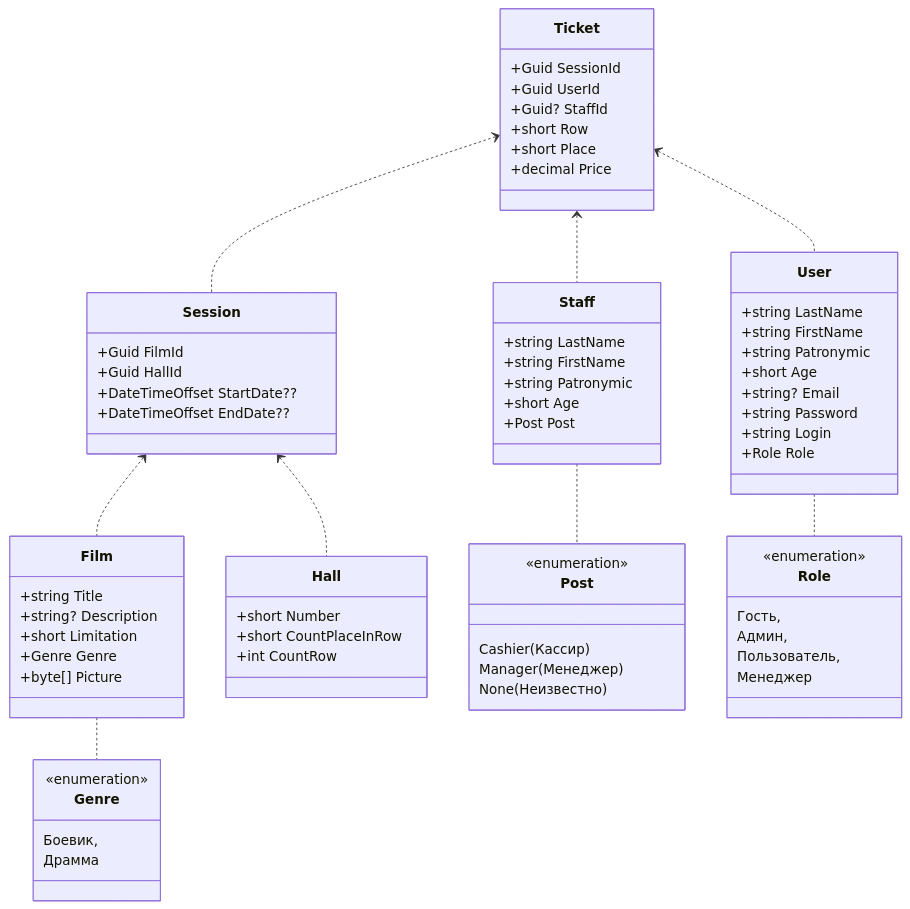
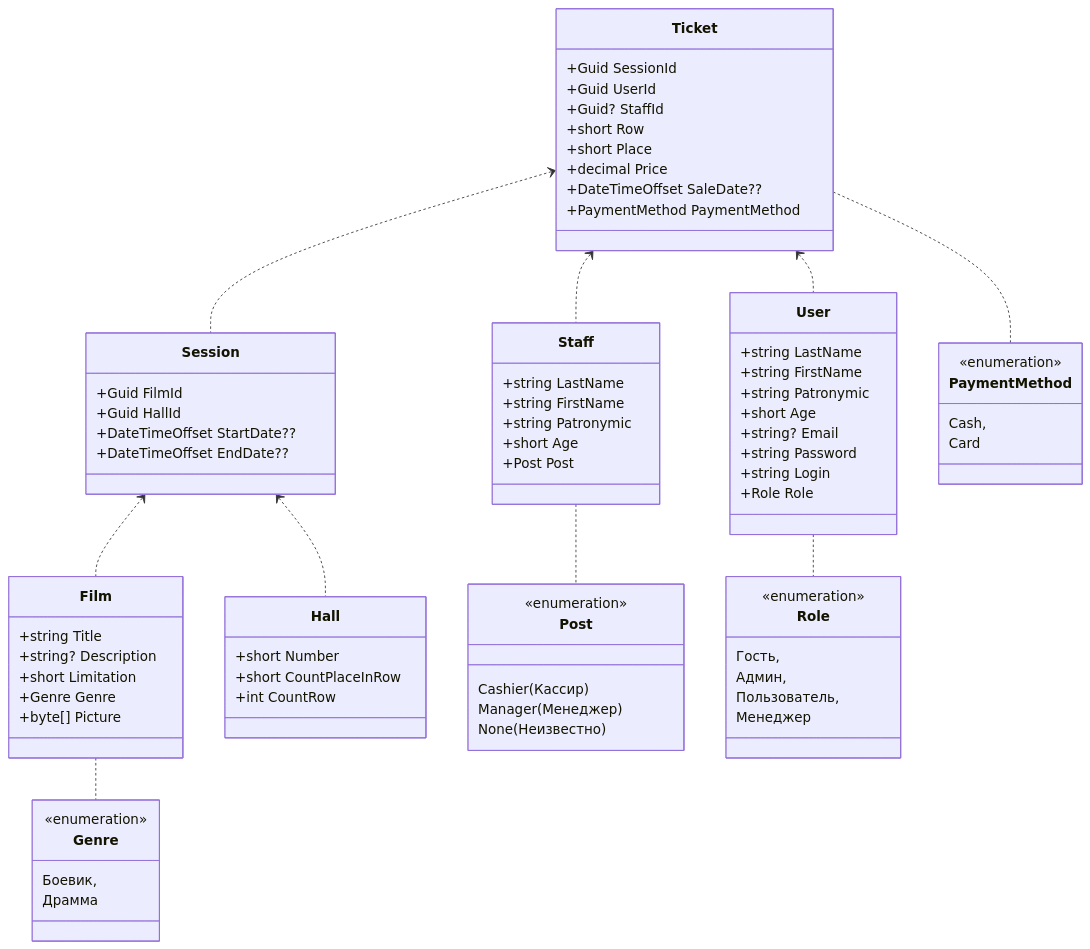
One commit to DenchikSlaziet/Fira_Code changed the diagram in README.md. Above: the diagram before and after it, drawn with Mermaid.

````diff
--- a/README.md
+++ b/README.md
@@ -3,72 +3,80 @@
 ```mermaid
     classDiagram
     Ticket <.. User
     Ticket <.. Staff
     Ticket <.. Session
     Session <.. Film
     Session <.. Hall
     Staff .. Post
     User .. Role
-    Film .. Genre  
+    Film .. Genre
+    Ticket .. PaymentMethod
     class Hall{
         +short Number
         +short CountPlaceInRow
         +int CountRow
     }
     class User {
         +string LastName
         +string FirstName
         +string Patronymic
         +short Age
         +string? Email
         +string Password
         +string Login
         +Role Role
     }
     class Film {
         +string Title
         +string? Description
         +short Limitation
         +Genre Genre
         +byte[] Picture
     }
     class Staff {
         +string LastName
         +string FirstName
         +string Patronymic
         +short Age
         +Post Post
     }
     class Ticket {
         +Guid SessionId   
         +Guid UserId
         +Guid? StaffId
         +short Row
         +short Place
         +decimal Price
+        +DateTimeOffset SaleDate??
+        +PaymentMethod PaymentMethod       
     }
     class Session {
       +Guid FilmId
       +Guid HallId
       +DateTimeOffset StartDate??
       +DateTimeOffset EndDate??
     }  
     class Post {
         <<enumeration>>
         Cashier(Кассир)
         Manager(Менеджер)
         None(Неизвестно)
     }
  class Role {
         <<enumeration>>
         Гость,
         Админ,
         Пользователь,
         Менеджер
     }
     class Genre {
         <<enumeration>>
         Боевик,
         Драмма
     }
+    class PaymentMethod {
+        <<enumeration>>
+        Cash,
+        Card
+    }
 ```
````
